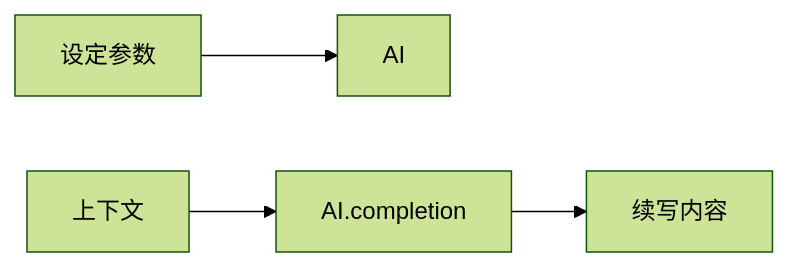
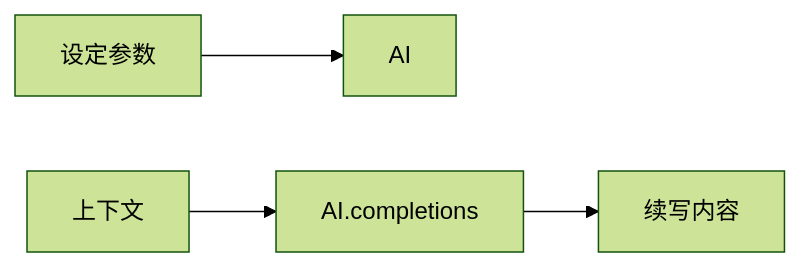
One commit to doucx/nvim-ai changed the first of 2 diagrams in README.md. Above: the diagram before and after it, drawn with Mermaid (forest theme). The commit also changed other lines of this file and 1 other file, not shown here.

````diff
--- a/README.md
+++ b/README.md
@@ -4,5 +21,5 @@
 ```mermaid
 flowchart LR
     设定参数-->AI
-    上下文-->AI.completion-->续写内容
+    上下文-->AI.completions-->续写内容
 ```
````
